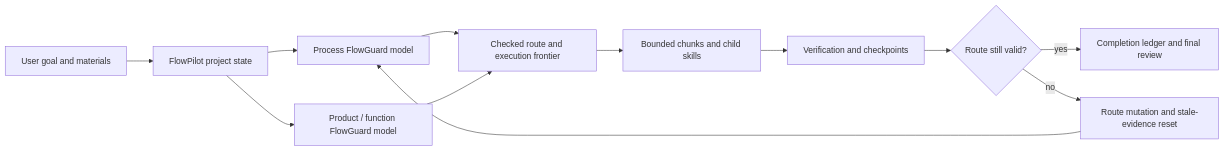
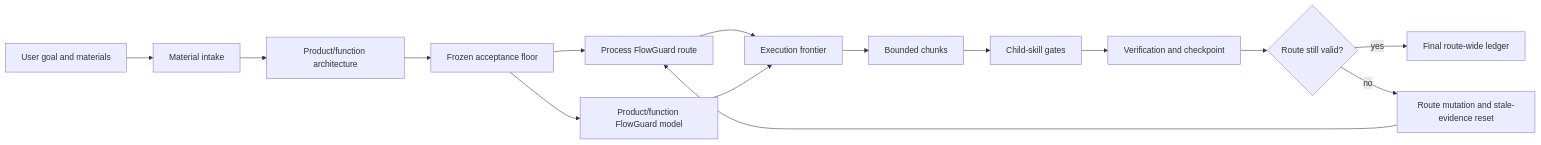
One commit to liuyingxuvka/FlowPilot changed the first of 2 diagrams in README.md. Above: the diagram before and after it, drawn with Mermaid. The commit also changed other lines of this file and 3 other files, not shown here.

Commit message:
Expand bilingual FlowPilot landing README

````diff
--- a/README.md
+++ b/README.md
@@ -34,14 +84,17 @@
 ```mermaid
 flowchart LR
-  A["User goal and materials"] --> B["FlowPilot project state"]
-  B --> C["Process FlowGuard model"]
-  B --> D["Product / function FlowGuard model"]
-  C --> E["Checked route and execution frontier"]
-  D --> E
-  E --> F["Bounded chunks and child skills"]
-  F --> G["Verification and checkpoints"]
-  G --> H{"Route still valid?"}
-  H -- "yes" --> I["Completion ledger and final review"]
-  H -- "no" --> J["Route mutation and stale-evidence reset"]
-  J --> C
+  A["User goal and materials"] --> B["Material intake"]
+  B --> C["Product/function architecture"]
+  C --> D["Frozen acceptance floor"]
+  D --> E["Process FlowGuard route"]
+  D --> F["Product/function FlowGuard model"]
+  E --> G["Execution frontier"]
+  F --> G
+  G --> H["Bounded chunks"]
+  H --> I["Child-skill gates"]
+  I --> J["Verification and checkpoint"]
+  J --> K{"Route still valid?"}
+  K -- "yes" --> L["Final route-wide ledger"]
+  K -- "no" --> M["Route mutation and stale-evidence reset"]
+  M --> E
 ```
````
